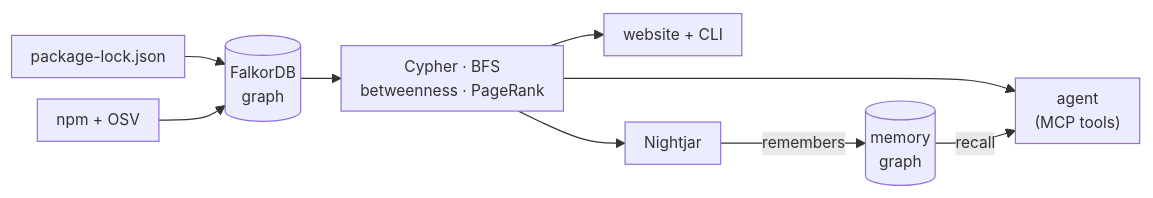
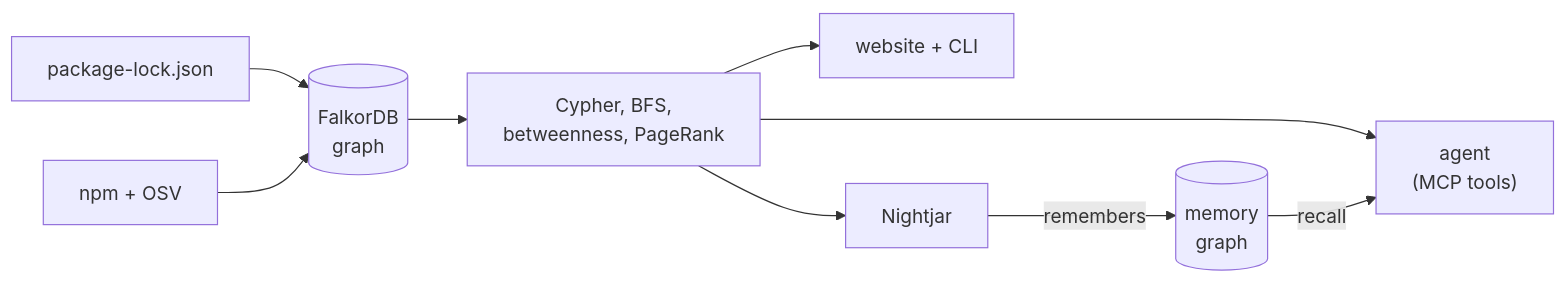
One commit to laypatel13/chokepoint changed the diagram in README.md. Above: the diagram before and after it, drawn with Mermaid.

Commit message:
docs(repo): fix the README diagram on GitHub

````diff
--- a/README.md
+++ b/README.md
@@ -202,12 +202,11 @@
 ```mermaid
-%%{init: {"flowchart": {"nodeSpacing": 18, "rankSpacing": 34, "padding": 8}, "themeVariables": {"fontSize": "13px"}}}%%
 flowchart LR
     lock["package-lock.json"] --> db
     reg["npm + OSV"] --> db
-    db[("FalkorDB<br/>graph")] --> q["Cypher · BFS<br/>betweenness · PageRank"]
+    db[("FalkorDB<br/>graph")] --> q["Cypher, BFS,<br/>betweenness, PageRank"]
     q --> ui["website + CLI"]
     q --> agent["agent<br/>(MCP tools)"]
     q --> nj["Nightjar"]
     nj -- remembers --> mem[("memory<br/>graph")]
     mem -- recall --> agent
 ```
````
